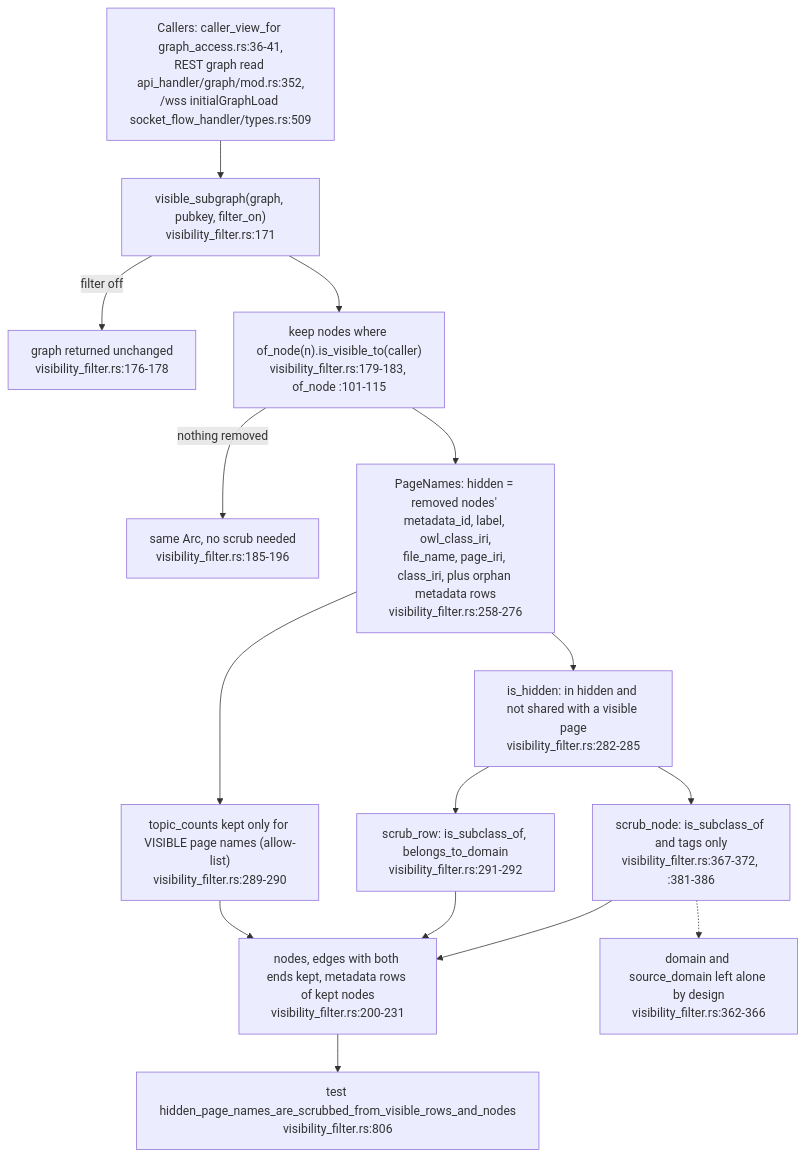
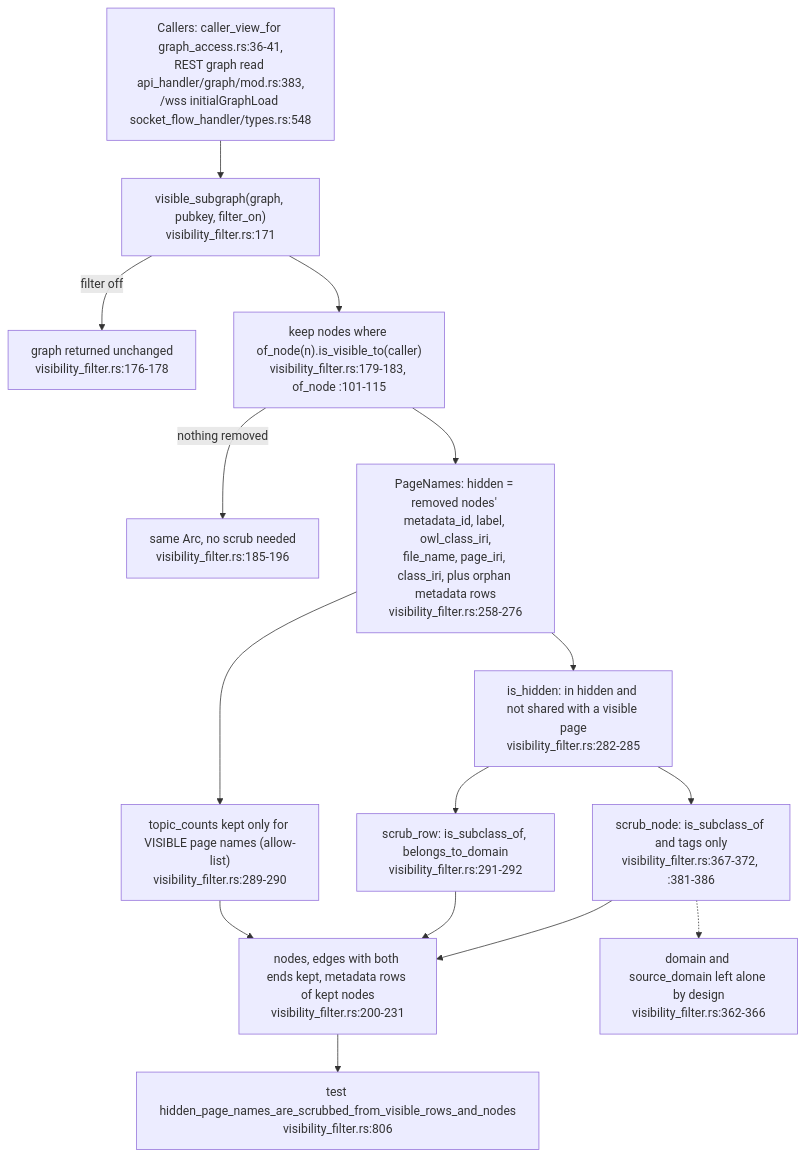
Diagram 12 of 14 in docs/diagrams/visionclaw/22-data-authority-provenance-erasure.md (DreamLab-AI/VisionFlow), drawn with Mermaid before and after one commit. The commit also changed other lines of this file and 7 other files, not shown here.

````diff
--- a/docs/diagrams/visionclaw/22-data-authority-provenance-erasure.md
+++ b/docs/diagrams/visionclaw/22-data-authority-provenance-erasure.md
@@ -499,17 +502,17 @@
 ```mermaid
 flowchart TB
-    CALL["Callers: caller_view_for graph_access.rs:36-41,<br/>REST graph read api_handler/graph/mod.rs:352,<br/>/wss initialGraphLoad socket_flow_handler/types.rs:509"] --> VS["visible_subgraph(graph, pubkey, filter_on)<br/>visibility_filter.rs:171"]
+    CALL["Callers: caller_view_for graph_access.rs:36-41,<br/>REST graph read api_handler/graph/mod.rs:383,<br/>/wss initialGraphLoad socket_flow_handler/types.rs:548"] --> VS["visible_subgraph(graph, pubkey, filter_on)<br/>visibility_filter.rs:171"]
     VS -->|filter off| SAME["graph returned unchanged<br/>visibility_filter.rs:176-178"]
     VS --> KEPT["keep nodes where of_node(n).is_visible_to(caller)<br/>visibility_filter.rs:179-183, of_node :101-115"]
     KEPT -->|"nothing removed"| SAME2["same Arc, no scrub needed<br/>visibility_filter.rs:185-196"]
     KEPT --> PN["PageNames: hidden = removed nodes' metadata_id, label, owl_class_iri,<br/>file_name, page_iri, class_iri, plus orphan metadata rows<br/>visibility_filter.rs:258-276"]
     PN --> IH["is_hidden: in hidden and not shared with a visible page<br/>visibility_filter.rs:282-285"]
     IH --> SN["scrub_node: is_subclass_of and tags only<br/>visibility_filter.rs:367-372, :381-386"]
     IH --> SR["scrub_row: is_subclass_of, belongs_to_domain<br/>visibility_filter.rs:291-292"]
     PN --> TC["topic_counts kept only for VISIBLE page names (allow-list)<br/>visibility_filter.rs:289-290"]
     SN --> OUT["nodes, edges with both ends kept, metadata rows of kept nodes<br/>visibility_filter.rs:200-231"]
     SR --> OUT
     TC --> OUT
     SN -.-> NOT["domain and source_domain left alone by design<br/>visibility_filter.rs:362-366"]
     OUT --> T["test hidden_page_names_are_scrubbed_from_visible_rows_and_nodes<br/>visibility_filter.rs:806"]
 ```
````
